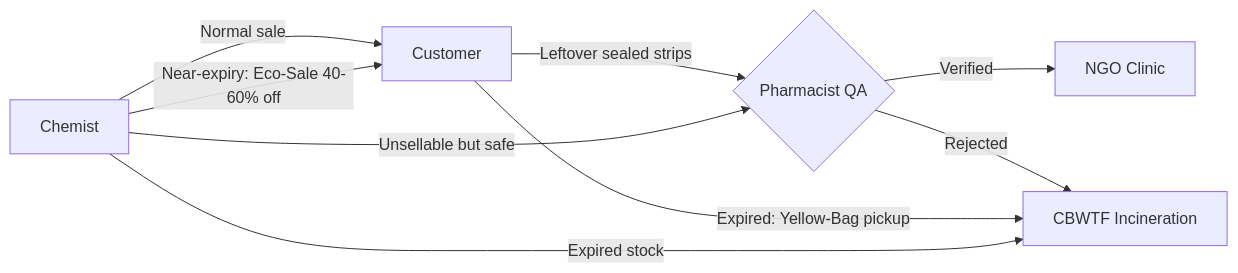
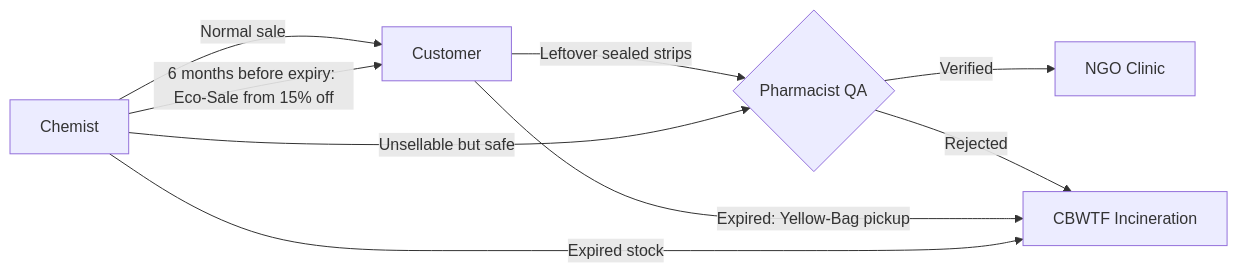
Before and after one commit to chethan-9817/pharma_flow_1: the diagram in README.md, drawn with Mermaid. The commit also changed other lines of this file and 3 other files, not shown here.

First line of the commit message:
docs: 6-month Eco-Sale alerts, the fee split and the larger store

````diff
--- a/README.md
+++ b/README.md
@@ -22,11 +22,11 @@
 ```mermaid
 flowchart LR
     C[Chemist] -->|Normal sale| U[Customer]
-    C -->|Near-expiry: Eco-Sale 40-60% off| U
+    C -->|6 months before expiry: Eco-Sale from 15% off| U
     U -->|Leftover sealed strips| QA{Pharmacist QA}
     C -->|Unsellable but safe| QA
     QA -->|Verified| N[NGO Clinic]
     QA -->|Rejected| B[CBWTF Incineration]
     U -->|Expired: Yellow-Bag pickup| B
     C -->|Expired stock| B
 ```
````
